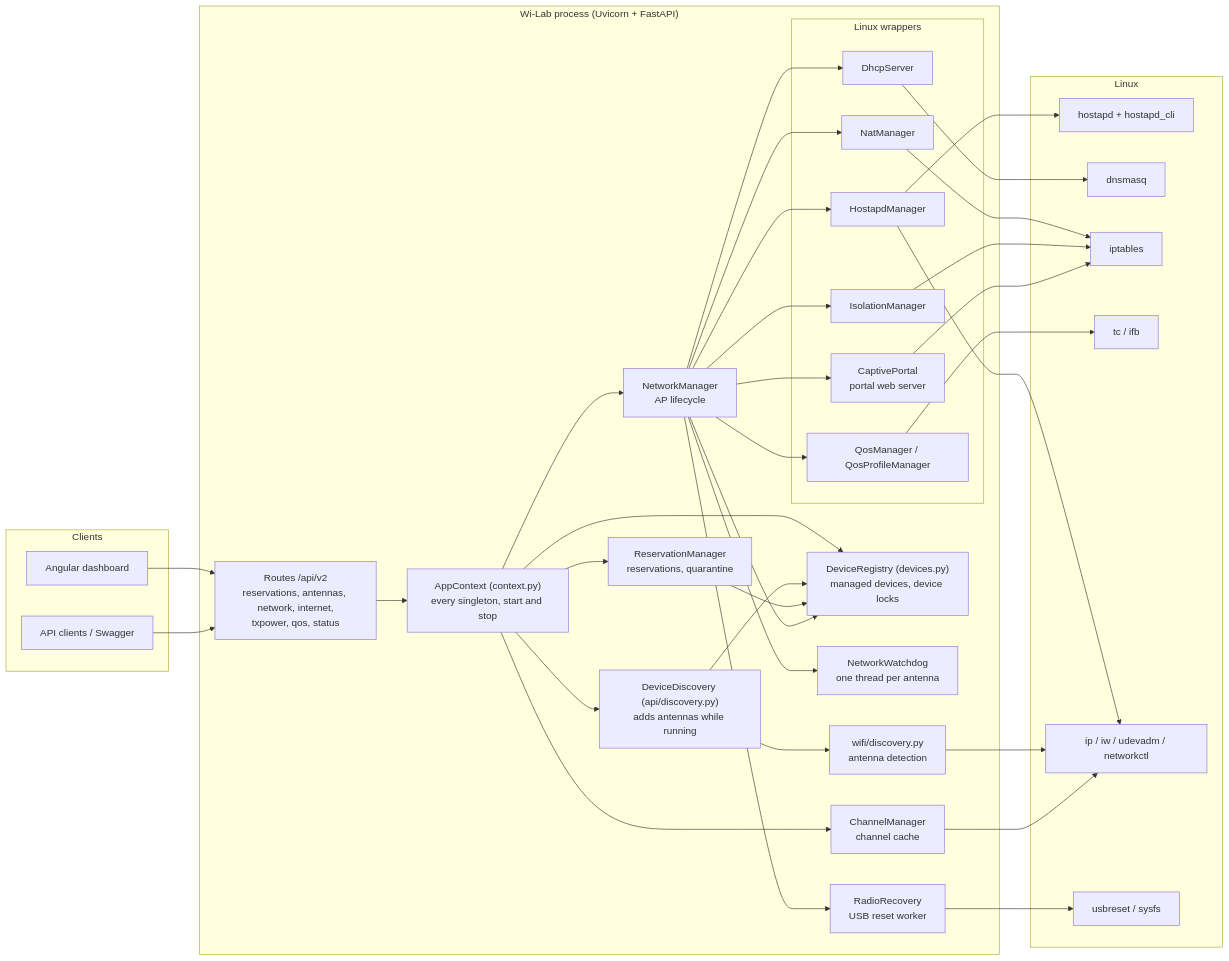
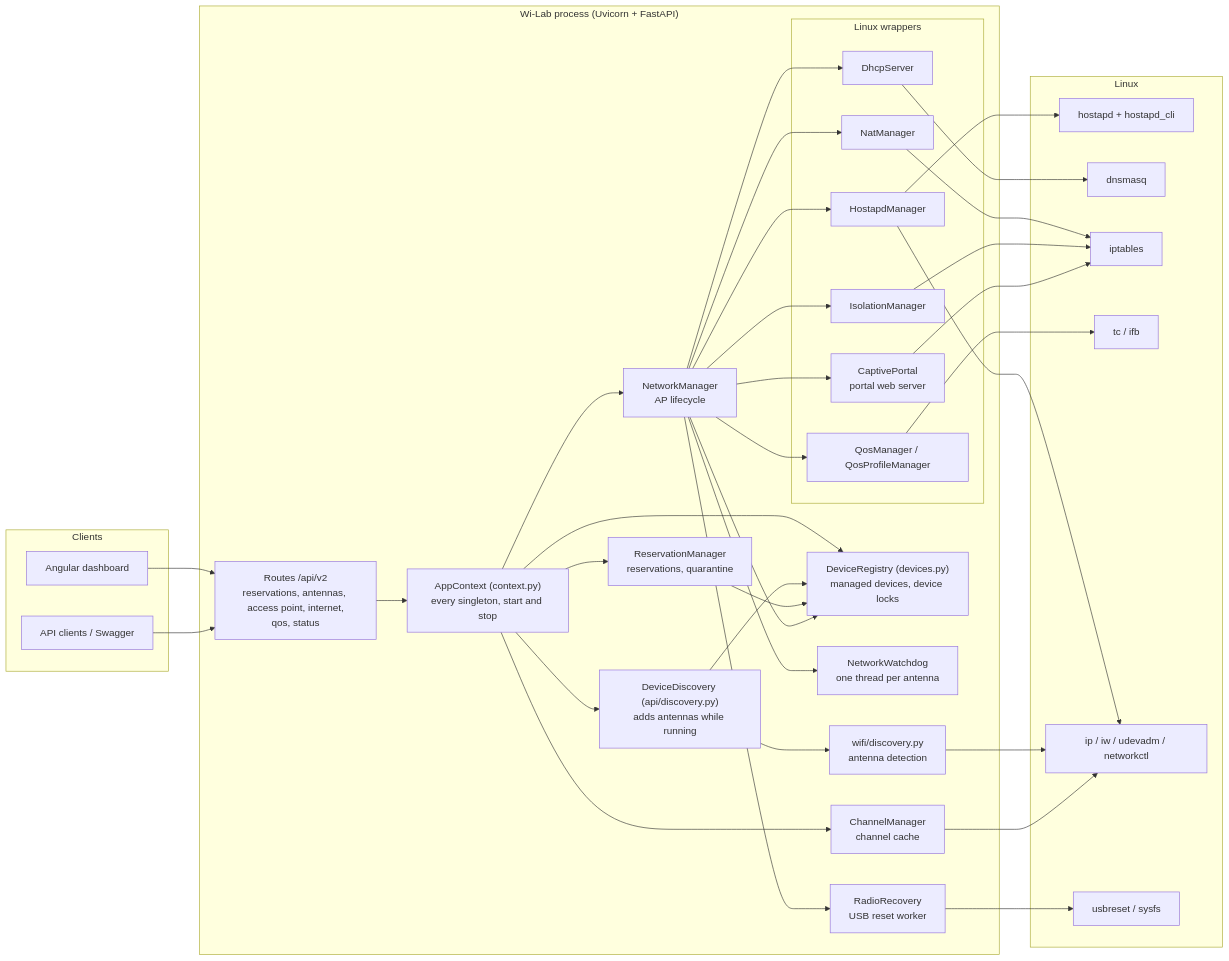
Before and after one commit to caporalesimone/wi-lab: the first of 16 diagrams in docs/architecture.md, drawn with Mermaid. The commit also changed other lines of this file and 21 other files, not shown here.

First line of the commit message:
feat(api)!: remove GET and POST /access-point/{reservation_id}/tx-power

````diff
--- a/docs/architecture.md
+++ b/docs/architecture.md
@@ -16,68 +16,68 @@
 ```mermaid
 flowchart LR
     subgraph Clients
         UI["Angular dashboard"]
         API["API clients / Swagger"]
     end
 
     subgraph Process["Wi-Lab process (Uvicorn + FastAPI)"]
-        R["Routes /api/v2<br/>reservations, antennas, network, internet,<br/>txpower, qos, status"]
+        R["Routes /api/v2<br/>reservations, antennas, access point, internet,<br/>qos, status"]
         D["AppContext (context.py)<br/>every singleton, start and stop"]
         RM["ReservationManager<br/>reservations, quarantine"]
         NM["NetworkManager<br/>AP lifecycle"]
         DR["DeviceRegistry (devices.py)<br/>managed devices, device locks"]
         WD["NetworkWatchdog<br/>one thread per antenna"]
         RR["RadioRecovery<br/>USB reset worker"]
         CM["ChannelManager<br/>channel cache"]
         DS2["DeviceDiscovery (api/discovery.py)<br/>adds antennas while running"]
         DISC["wifi/discovery.py<br/>antenna detection"]
         subgraph Drivers["Linux wrappers"]
             HA["HostapdManager"]
             DH["DhcpServer"]
             NAT["NatManager"]
             ISO["IsolationManager"]
             QOS["QosManager / QosProfileManager"]
             CP["CaptivePortal<br/>portal web server"]
         end
     end
 
     subgraph Linux
         HOSTAPD["hostapd + hostapd_cli"]
         DNSMASQ["dnsmasq"]
         IPT["iptables"]
         TC["tc / ifb"]
         IPIW["ip / iw / udevadm / networkctl"]
         USB["usbreset / sysfs"]
     end
 
     UI --> R
     API --> R
     R --> D
     D --> RM
     D --> NM
     D --> CM
     D --> DS2
     D --> DR
     DS2 --> DR
     RM --> DR
     NM --> DR
     DS2 --> DISC
     NM --> WD
     NM --> RR
     NM --> HA
     NM --> DH
     NM --> NAT
     NM --> ISO
     NM --> QOS
     NM --> CP
     HA --> HOSTAPD
     HA --> IPIW
     DH --> DNSMASQ
     NAT --> IPT
     ISO --> IPT
     CP --> IPT
     QOS --> TC
     DISC --> IPIW
     CM --> IPIW
     RR --> USB
 ```
````
